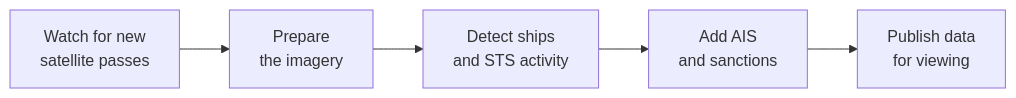
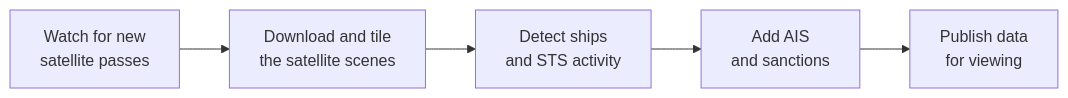
One commit to doryunger/dark-petro changed the diagram in docs/img/pipeline.mmd. Above: the diagram before and after it, drawn with Mermaid. The commit also changed 5 other files, not shown here.

First line of the commit message:
README: say what the prep worker does: download and tile the satellite scenes

```diff
--- a/docs/img/pipeline.mmd
+++ b/docs/img/pipeline.mmd
@@ -1,2 +1,2 @@
 flowchart LR
-    A["Watch for new<br/>satellite passes"] --> B["Prepare<br/>the imagery"] --> C["Detect ships<br/>and STS activity"] --> D["Add AIS<br/>and sanctions"] --> E["Publish data<br/>for viewing"]
+    A["Watch for new<br/>satellite passes"] --> B["Download and tile<br/>the satellite scenes"] --> C["Detect ships<br/>and STS activity"] --> D["Add AIS<br/>and sanctions"] --> E["Publish data<br/>for viewing"]
```
